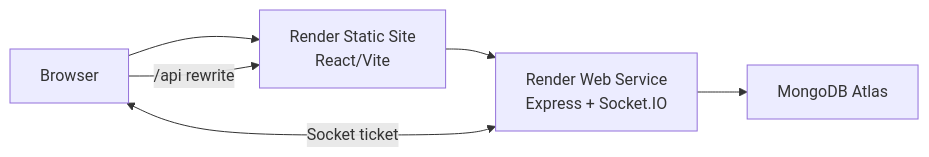
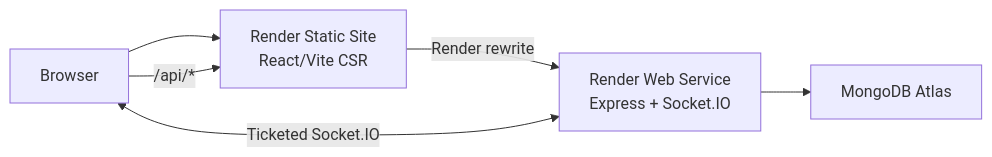
One commit to khalteck/RelayOps changed the diagram in README.md. Above: the diagram before and after it, drawn with Mermaid. The commit also changed other lines of this file and 64 other files, not shown here.

````diff
--- a/README.md
+++ b/README.md
@@ -45,8 +72,8 @@
 ```mermaid
 flowchart LR
-    Browser --> Web["Render Static Site<br/>React/Vite"]
-    Browser -->|"/api rewrite"| Web
-    Web --> API["Render Web Service<br/>Express + Socket.IO"]
-    Browser <-->|"Socket ticket"| API
+    Browser --> Web["Render Static Site<br/>React/Vite CSR"]
+    Browser -->|"/api/*"| Web
+    Web -->|"Render rewrite"| API["Render Web Service<br/>Express + Socket.IO"]
+    Browser <-->|"Ticketed Socket.IO"| API
     API --> Mongo["MongoDB Atlas"]
 ```
````
